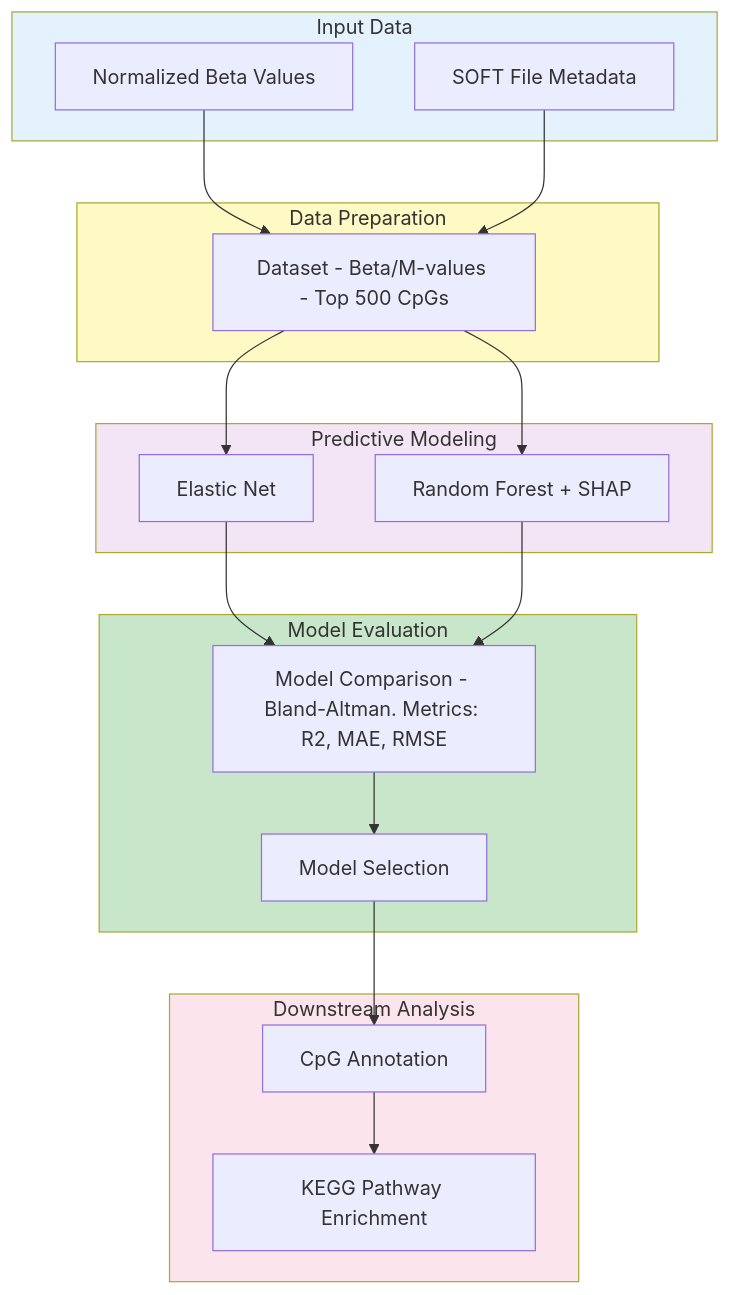
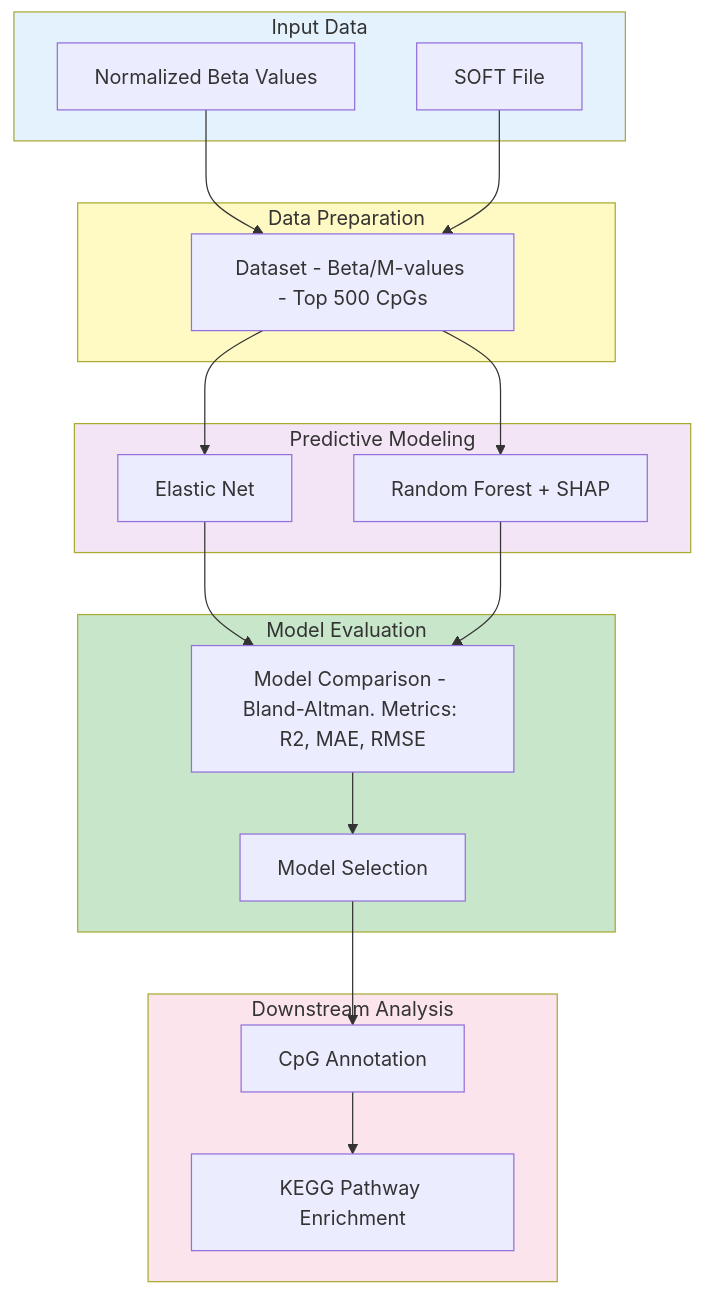
The diagram in README.md (Magal88/BINF7700_Capstone_Eisik_Magali), drawn with Mermaid before and after one commit.

````diff
--- a/README.md
+++ b/README.md
@@ -9,42 +9,42 @@
 ```mermaid
 flowchart TD
     subgraph Input ["Input Data"]
         A[Normalized Beta Values]
-        B[SOFT File Metadata]
+        B[SOFT File ]
     end
 
     subgraph Prep ["Data Preparation"]
         C[Dataset - Beta/M-values - Top 500 CpGs]
     end
 
     subgraph Modeling ["Predictive Modeling"]
         D[Elastic Net]
         E[Random Forest + SHAP]
     end
 
     subgraph Evaluation ["Model Evaluation"]
         F[Model Comparison - Bland-Altman. Metrics: R2, MAE, RMSE]
         G[Model Selection]
     end
 
     subgraph Analysis ["Downstream Analysis"]
         H[CpG Annotation]
         I[KEGG Pathway Enrichment]
     end
 
     A --> C
     B --> C
     C --> D
     C --> E
     D --> F
     E --> F
     F --> G
     G --> H
     H --> I
 
     style Input fill:#e3f2fd
     style Prep fill:#fff9c4
     style Modeling fill:#f3e5f5
     style Evaluation fill:#c8e6c9
     style Analysis fill:#fce4ec
 ```
````
